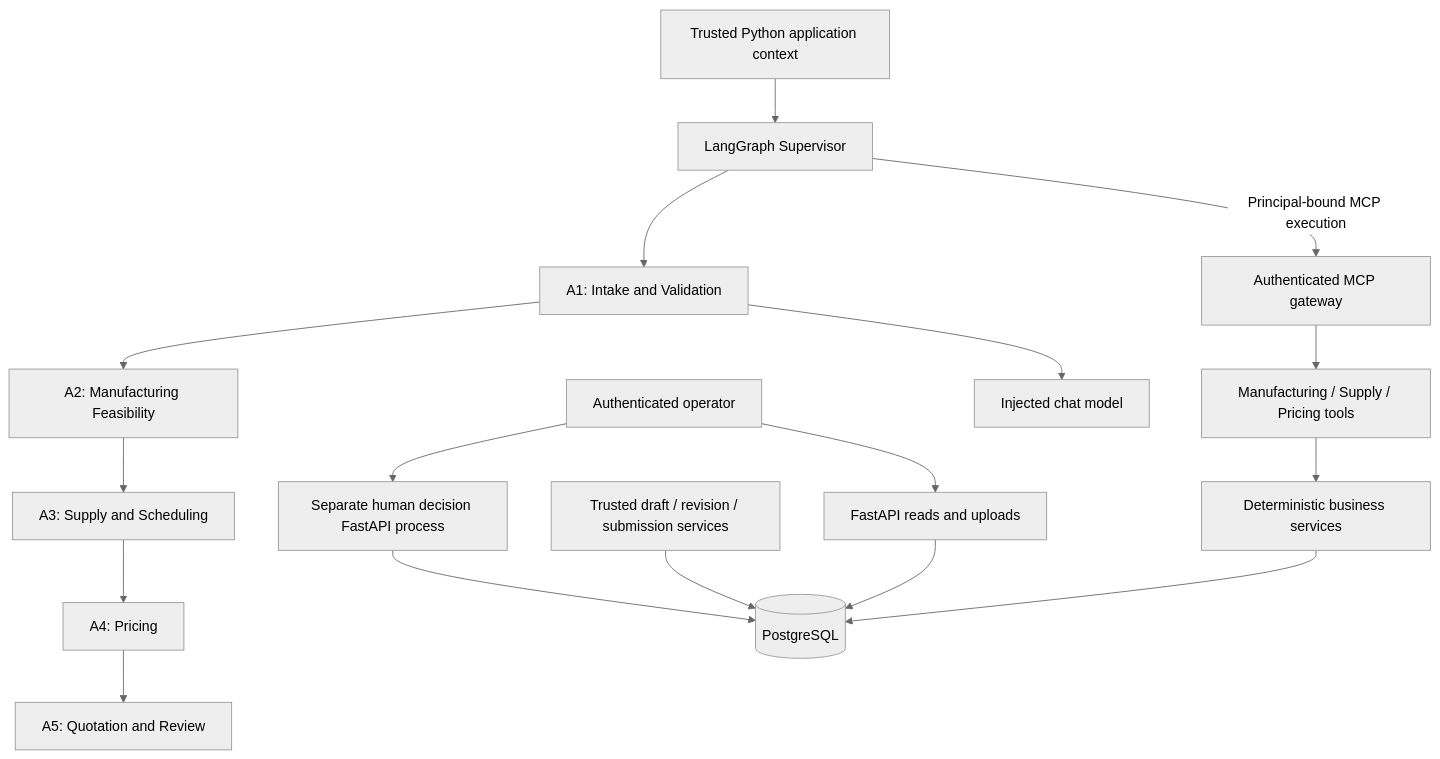
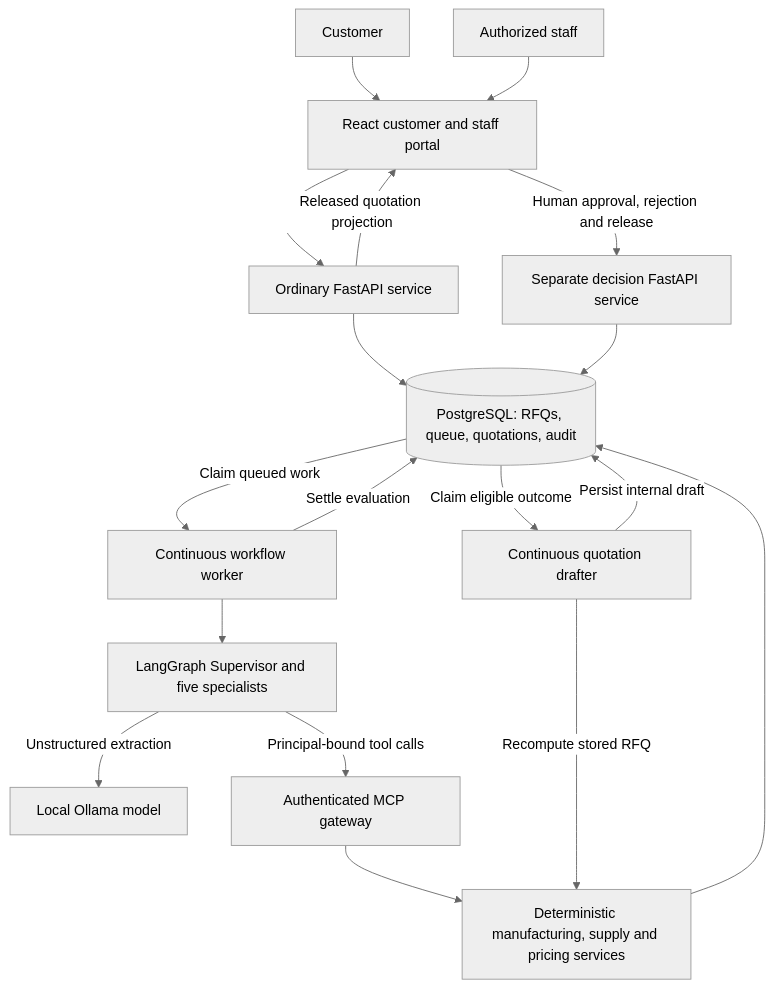
Before and after one commit to smitshah02/engineering-rfq-copilot: the diagram in README.md, drawn with Mermaid (neutral theme). The commit also changed other lines of this file and 49 other files, not shown here.

Commit message:
Consolidate current architecture and local operating documentation

````diff
--- a/README.md
+++ b/README.md
@@ -40,19 +45,20 @@
 ```mermaid
 flowchart TD
-    Staff[Authenticated operator] --> API[FastAPI reads and uploads]
-    Context[Trusted Python application context] --> Supervisor[LangGraph Supervisor]
-    Supervisor --> A1[A1: Intake and Validation]
-    A1 --> A2[A2: Manufacturing Feasibility]
-    A2 --> A3[A3: Supply and Scheduling]
-    A3 --> A4[A4: Pricing]
-    A4 --> A5[A5: Quotation and Review]
-    A1 --> LLM[Injected chat model]
-    Supervisor -- Principal-bound MCP execution --> Gateway[Authenticated MCP gateway]
-    Gateway --> Tools[Manufacturing / Supply / Pricing tools]
-    Tools --> Services[Deterministic business services]
-    Services --> DB[(PostgreSQL)]
-    API --> DB
-    Writer[Trusted draft / revision / submission services] --> DB
-    Staff --> Decisions[Separate human decision FastAPI process]
+    Customer[Customer] --> Portal[React customer and staff portal]
+    Staff[Authorized staff] --> Portal
+    Portal --> API[Ordinary FastAPI service]
+    API --> DB[(PostgreSQL: RFQs, queue, quotations, audit)]
+    DB -- Claim queued work --> Worker[Continuous workflow worker]
+    Worker --> Supervisor[LangGraph Supervisor and five specialists]
+    Supervisor -- Unstructured extraction --> Ollama[Local Ollama model]
+    Supervisor -- Principal-bound tool calls --> MCP[Authenticated MCP gateway]
+    MCP --> Services[Deterministic manufacturing, supply and pricing services]
+    Services --> DB
+    Worker -- Settle evaluation --> DB
+    DB -- Claim eligible outcome --> Drafter[Continuous quotation drafter]
+    Drafter -- Recompute stored RFQ --> Services
+    Drafter -- Persist internal draft --> DB
+    Portal -- Human approval, rejection and release --> Decisions[Separate decision FastAPI service]
     Decisions --> DB
+    API -- Released quotation projection --> Portal
 ```
````
